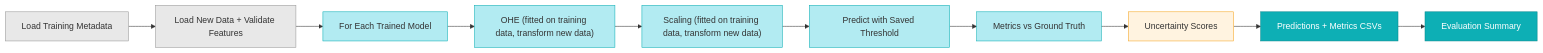
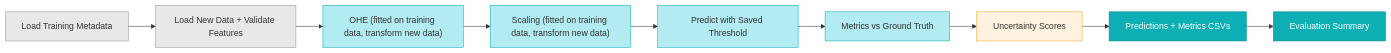
One commit to EttoreRocchi/ResPredAI changed the third of 3 diagrams in README.md. Above: the diagram before and after it, drawn with Mermaid. The commit also changed other lines of this file, not shown here.

````diff
--- a/README.md
+++ b/README.md
@@ -243,23 +243,21 @@
 ```mermaid
 flowchart LR
     A[Load Training Metadata] --> B[Load New Data + Validate Features]
-    B --> C[For Each Trained Model]
-    C --> D["OHE (fitted on training data, transform new data)"]
+    B --> D["OHE (fitted on training data, transform new data)"]
     D --> E["Scaling (fitted on training data, transform new data)"]
     E --> F[Predict with Saved Threshold]
     F --> G[Metrics vs Ground Truth]
     G --> H[Uncertainty Scores]
     H --> I[Predictions + Metrics CSVs]
     I --> J[Evaluation Summary]
 
     style A fill:#e8e8e8,stroke:#999,color:#333
     style B fill:#e8e8e8,stroke:#999,color:#333
-    style C fill:#b2ebf2,stroke:#0dafb5,color:#333
     style D fill:#b2ebf2,stroke:#0dafb5,color:#333
     style E fill:#b2ebf2,stroke:#0dafb5,color:#333
     style F fill:#b2ebf2,stroke:#0dafb5,color:#333
     style G fill:#b2ebf2,stroke:#0dafb5,color:#333
     style H fill:#fff3e0,stroke:#f5a623,color:#333
     style I fill:#0dafb5,stroke:#098a8f,color:#fff
     style J fill:#0dafb5,stroke:#098a8f,color:#fff
 ```
````
